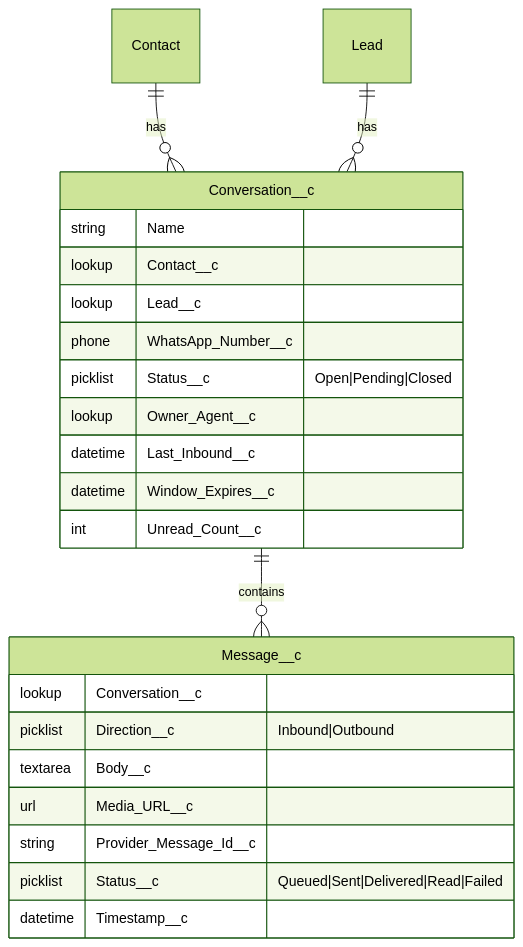
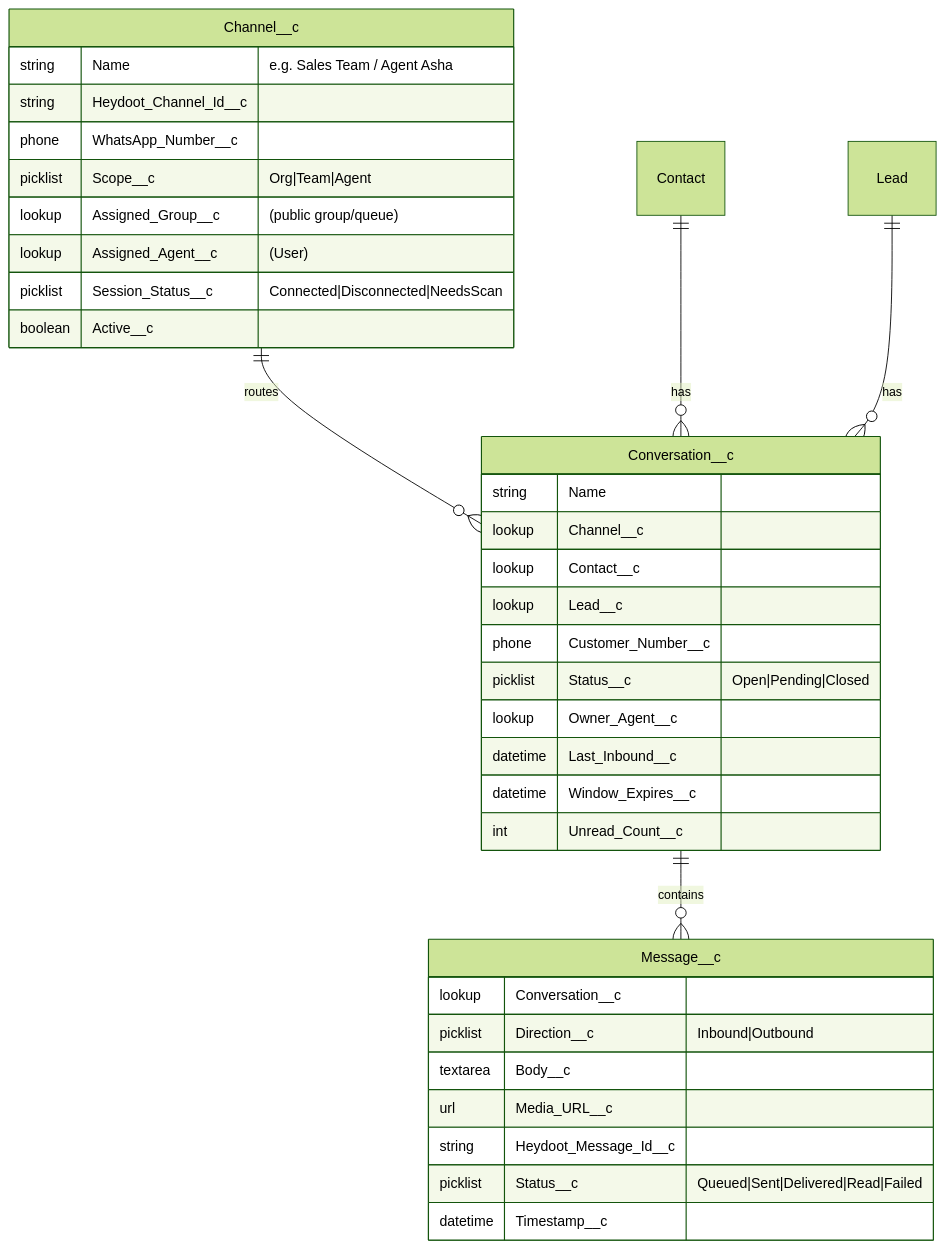
Before and after one commit to sanghivivek-vs/MaxDoot: the second of 2 diagrams in docs/ARCHITECTURE.md, drawn with Mermaid (forest theme). The commit also changed other lines of this file, not shown here.

Commit message:
Rework architecture: heydoot as engine, single-org deploy, configurable channel routing

````diff
--- a/docs/ARCHITECTURE.md
+++ b/docs/ARCHITECTURE.md
@@ -157,27 +148,39 @@
 ```mermaid
 erDiagram
+    Channel__c ||--o{ Conversation__c : "routes"
     Contact ||--o{ Conversation__c : "has"
     Lead    ||--o{ Conversation__c : "has"
     Conversation__c ||--o{ Message__c : "contains"
 
+    Channel__c {
+        string  Name "e.g. Sales Team / Agent Asha"
+        string  Heydoot_Channel_Id__c
+        phone   WhatsApp_Number__c
+        picklist Scope__c "Org|Team|Agent"
+        lookup  Assigned_Group__c "(public group/queue)"
+        lookup  Assigned_Agent__c "(User)"
+        picklist Session_Status__c "Connected|Disconnected|NeedsScan"
+        boolean Active__c
+    }
     Conversation__c {
         string  Name
+        lookup  Channel__c
         lookup  Contact__c
         lookup  Lead__c
-        phone   WhatsApp_Number__c
+        phone   Customer_Number__c
         picklist Status__c "Open|Pending|Closed"
         lookup  Owner_Agent__c
         datetime Last_Inbound__c
         datetime Window_Expires__c
         int     Unread_Count__c
     }
     Message__c {
         lookup   Conversation__c
         picklist Direction__c "Inbound|Outbound"
         textarea Body__c
         url      Media_URL__c
-        string   Provider_Message_Id__c
+        string   Heydoot_Message_Id__c
         picklist Status__c "Queued|Sent|Delivered|Read|Failed"
         datetime Timestamp__c
     }
 ```
````
